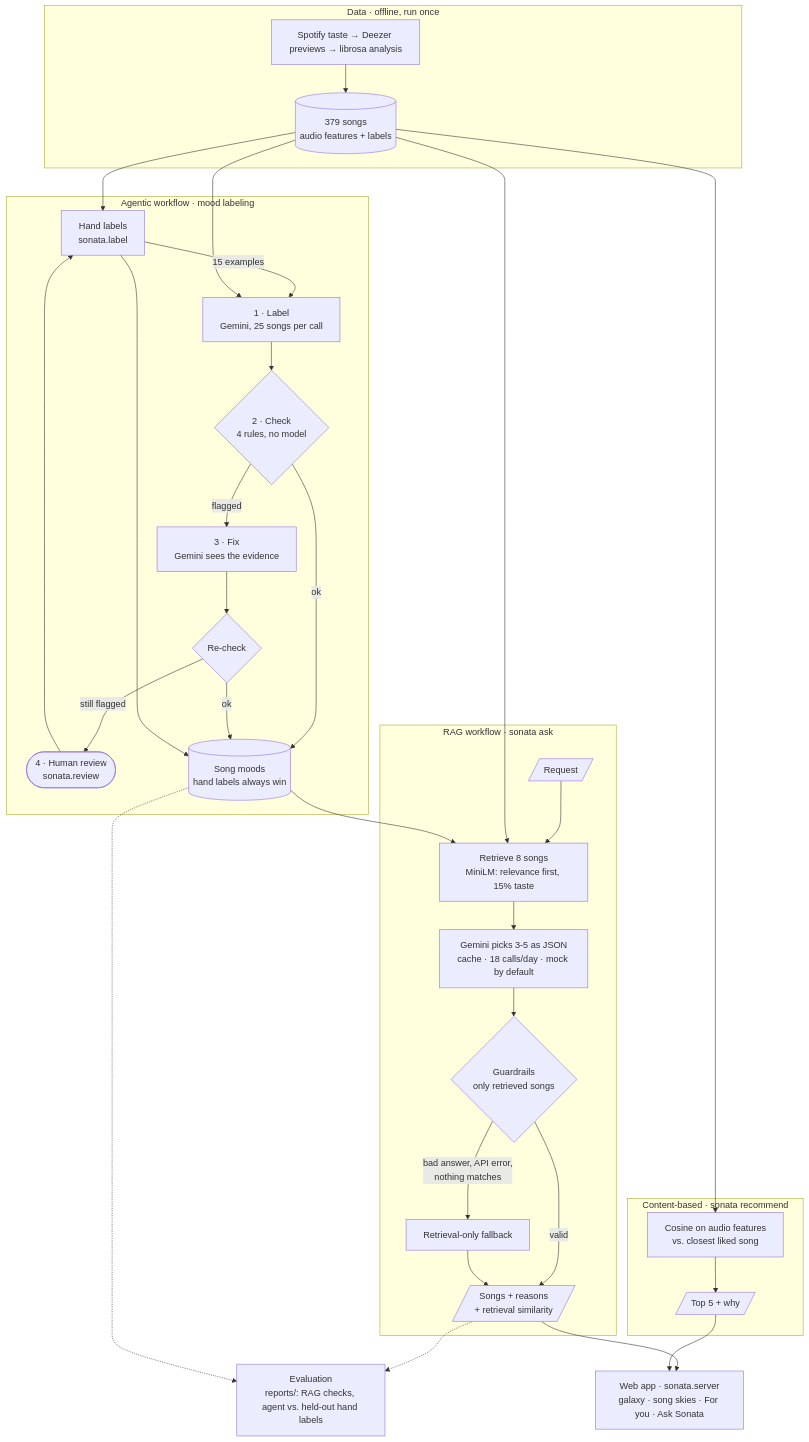
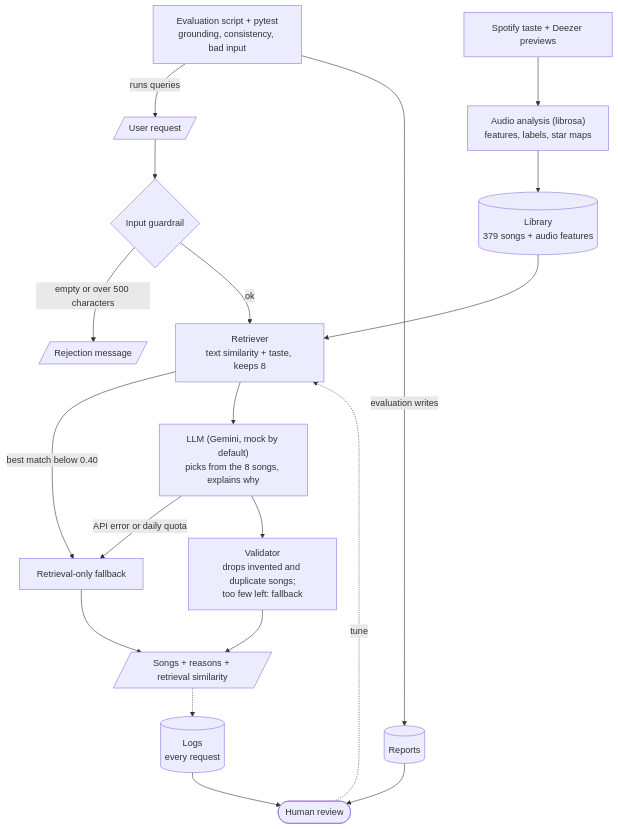
The diagram in diagrams/architecture.mmd (cloudia-cassandra/sonata), drawn with Mermaid before and after one commit. The commit also changed 1 other file, not shown here.

Commit message:
Add reflection, match the architecture diagram to the code, rewrite the architecture overview

```diff
--- a/diagrams/architecture.mmd
+++ b/diagrams/architecture.mmd
@@ -1,38 +1,21 @@
 flowchart TD
-    subgraph DATA["Data · offline, run once"]
-        SRC["Spotify taste → Deezer previews → librosa analysis"] --> LIB[("379 songs<br/>audio features + labels")]
-    end
+    SPOTIFY["Spotify taste + Deezer previews"] --> ANALYZE["Audio analysis (librosa)<br/>features, labels, star maps"]
+    ANALYZE --> LIB[("Library<br/>379 songs + audio features")]
 
-    subgraph AGENT["Agentic workflow · mood labeling"]
-        HAND["Hand labels<br/>sonata.label"] -->|15 examples| LABEL["1 · Label<br/>Gemini, 25 songs per call"]
-        LABEL --> CHECK{"2 · Check<br/>4 rules, no model"}
-        CHECK -->|flagged| FIX["3 · Fix<br/>Gemini sees the evidence"]
-        FIX --> RECHECK{"Re-check"}
-        RECHECK -->|still flagged| REVIEW(["4 · Human review<br/>sonata.review"])
-        CHECK -->|ok| MOODS[("Song moods<br/>hand labels always win")]
-        RECHECK -->|ok| MOODS
-        REVIEW --> HAND
-        HAND --> MOODS
-    end
+    QUERY[/"User request"/] --> GUARD{"Input guardrail"}
+    GUARD -->|empty or over 500 characters| REJECT[/"Rejection message"/]
+    GUARD -->|ok| RETRIEVER["Retriever<br/>text similarity + taste, keeps 8"]
+    LIB --> RETRIEVER
+    RETRIEVER -->|best match below 0.40| FALLBACK["Retrieval-only fallback"]
+    RETRIEVER --> LLM["LLM (Gemini, mock by default)<br/>picks from the 8 songs, explains why"]
+    LLM -->|API error or daily quota| FALLBACK
+    LLM --> VALIDATOR["Validator<br/>drops invented and duplicate songs;<br/>too few left: fallback"]
+    VALIDATOR --> OUTPUT[/"Songs + reasons + retrieval similarity"/]
+    FALLBACK --> OUTPUT
+    OUTPUT -.-> LOG[("Logs<br/>every request")]
 
-    subgraph RAG["RAG workflow · sonata ask"]
-        Q[/"Request"/] --> RET["Retrieve 8 songs<br/>MiniLM: relevance first, 15% taste"]
-        RET --> LLM["Gemini picks 3-5 as JSON<br/>cache · 18 calls/day · mock by default"]
-        LLM --> VAL{"Guardrails<br/>only retrieved songs"}
-        VAL -->|valid| OUT[/"Songs + reasons<br/>+ retrieval similarity"/]
-        VAL -->|bad answer, API error,<br/>nothing matches| FB["Retrieval-only fallback"] --> OUT
-    end
-
-    subgraph REC["Content-based · sonata recommend"]
-        COS["Cosine on audio features<br/>vs. closest liked song"] --> TOP[/"Top 5 + why"/]
-    end
-
-    WEB["Web app · sonata.server<br/>galaxy · song skies · For you · Ask Sonata"]
-    EVAL["Evaluation<br/>reports/: RAG checks, agent vs. held-out hand labels"]
-
-    LIB --> HAND & LABEL & RET & COS
-    MOODS --> RET
-    OUT --> WEB
-    TOP --> WEB
-    OUT -.-> EVAL
-    MOODS -.-> EVAL
+    TESTS["Evaluation script + pytest<br/>grounding, consistency, bad input"] -->|runs queries| QUERY
+    TESTS -->|evaluation writes| REPORT[("Reports")]
+    REPORT --> HUMAN(["Human review"])
+    LOG --> HUMAN
+    HUMAN -.->|tune| RETRIEVER
```
